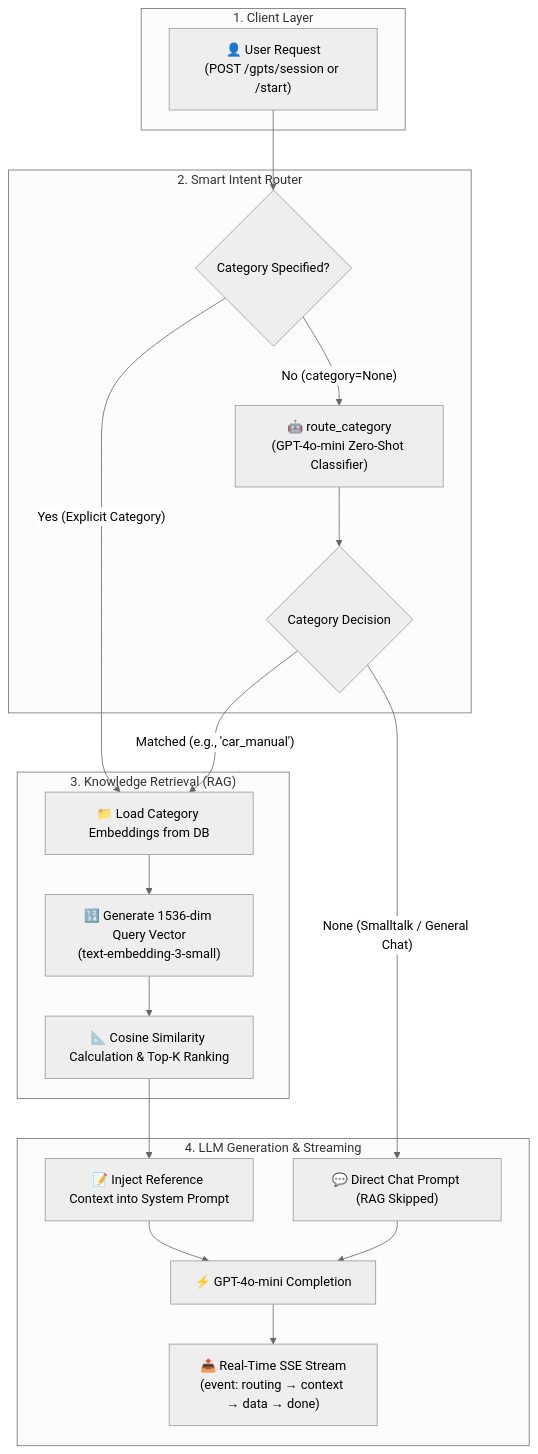
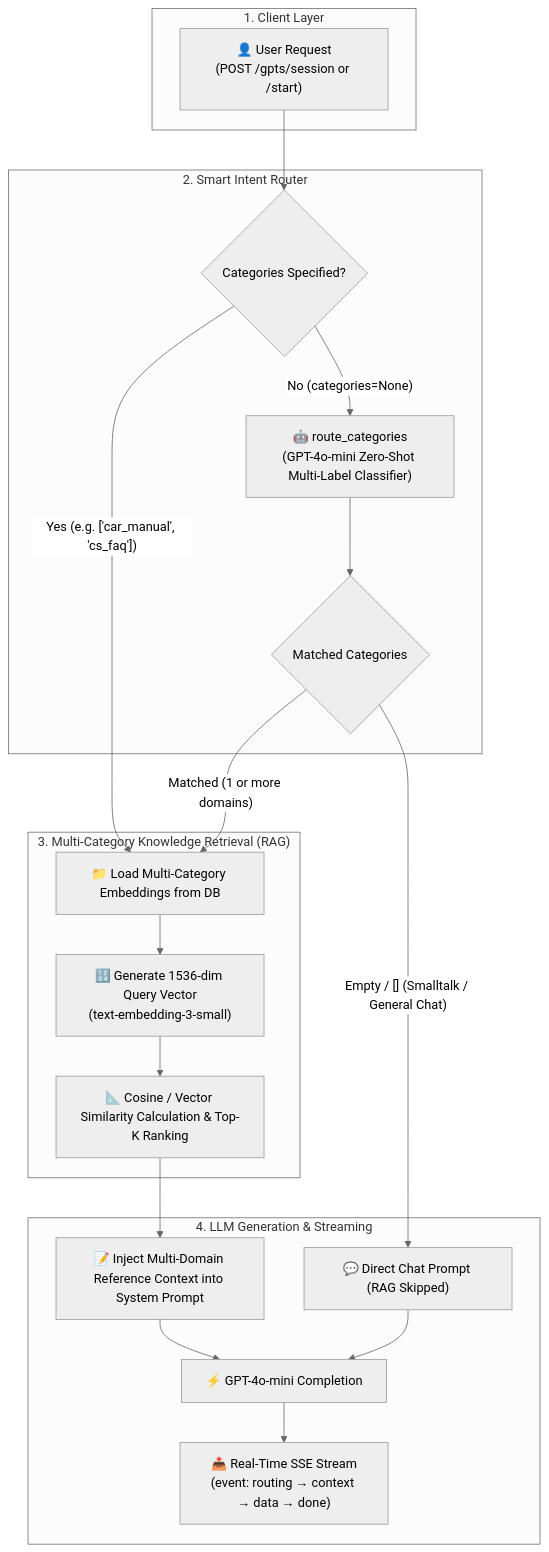
The diagram in gpts/README.md (seobioh/drf_baseline), drawn with Mermaid (neutral theme) before and after one commit. The commit also changed other lines of this file and 3 other files, not shown here.

````diff
--- a/gpts/README.md
+++ b/gpts/README.md
@@ -9,38 +9,38 @@
 ```mermaid
 flowchart TD
     subgraph Client["1. Client Layer"]
         Req["👤 User Request<br/>(POST /gpts/session or /start)"]
     end
 
     subgraph Router["2. Smart Intent Router"]
-        Check{"Category Specified?"}
-        LLMRouter["🤖 route_category<br/>(GPT-4o-mini Zero-Shot Classifier)"]
-        Decision{"Category Decision"}
+        Check{"Categories Specified?"}
+        LLMRouter["🤖 route_categories<br/>(GPT-4o-mini Zero-Shot Multi-Label Classifier)"]
+        Decision{"Matched Categories"}
     end
 
-    subgraph Retrieval["3. Knowledge Retrieval (RAG)"]
-        DBLoad["📁 Load Category Embeddings from DB"]
+    subgraph Retrieval["3. Multi-Category Knowledge Retrieval (RAG)"]
+        DBLoad["📁 Load Multi-Category Embeddings from DB"]
         VecGen["🔢 Generate 1536-dim Query Vector<br/>(text-embedding-3-small)"]
-        Similarity["📐 Cosine Similarity Calculation & Top-K Ranking"]
+        Similarity["📐 Cosine / Vector Similarity Calculation & Top-K Ranking"]
     end
 
     subgraph Generation["4. LLM Generation & Streaming"]
-        Context["📝 Inject Reference Context into System Prompt"]
+        Context["📝 Inject Multi-Domain Reference Context into System Prompt"]
         Skip["💬 Direct Chat Prompt (RAG Skipped)"]
         LLM["⚡ GPT-4o-mini Completion"]
         SSE["📤 Real-Time SSE Stream<br/>(event: routing → context → data → done)"]
     end
 
     Req --> Check
-    Check -- "Yes (Explicit Category)" --> DBLoad
-    Check -- "No (category=None)" --> LLMRouter
+    Check -- "Yes (e.g. ['car_manual', 'cs_faq'])" --> DBLoad
+    Check -- "No (categories=None)" --> LLMRouter
     LLMRouter --> Decision
 
-    Decision -- "Matched (e.g., 'car_manual')" --> DBLoad
-    Decision -- "None (Smalltalk / General Chat)" --> Skip
+    Decision -- "Matched (1 or more domains)" --> DBLoad
+    Decision -- "Empty / [] (Smalltalk / General Chat)" --> Skip
 
     DBLoad --> VecGen --> Similarity --> Context
     Context --> LLM
     Skip --> LLM
     LLM --> SSE
 ```
````
